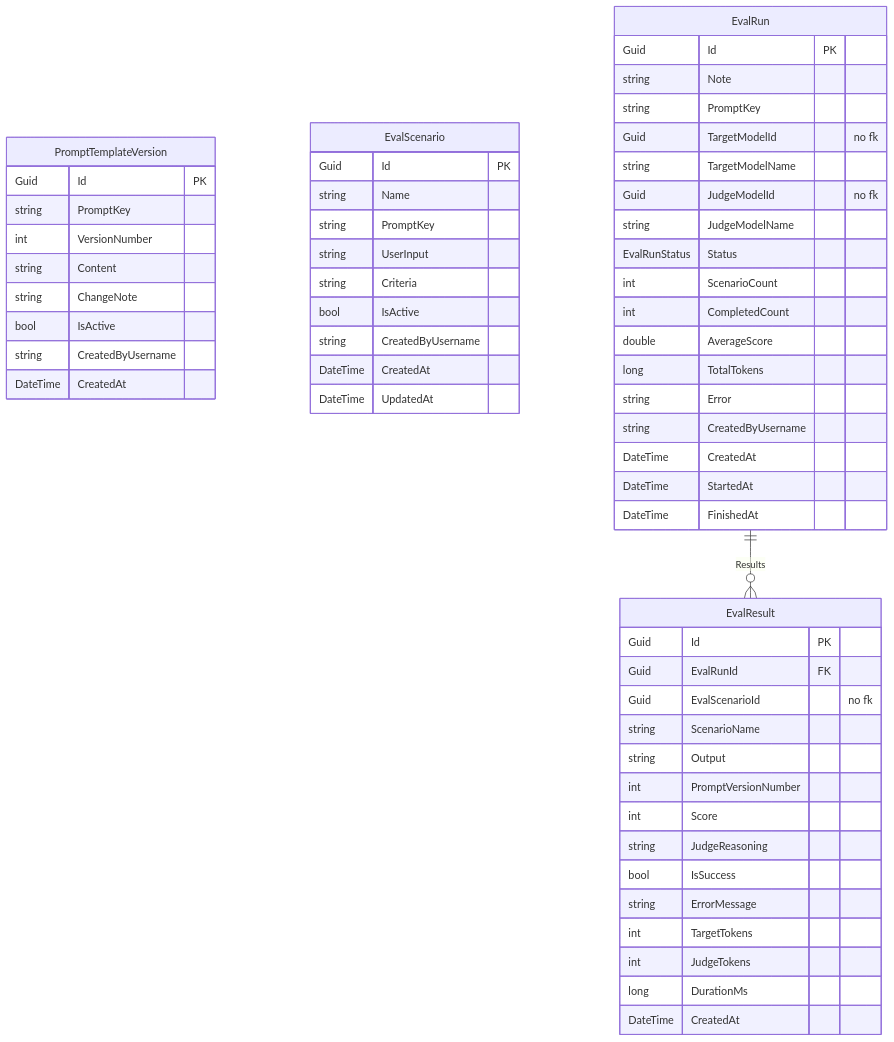
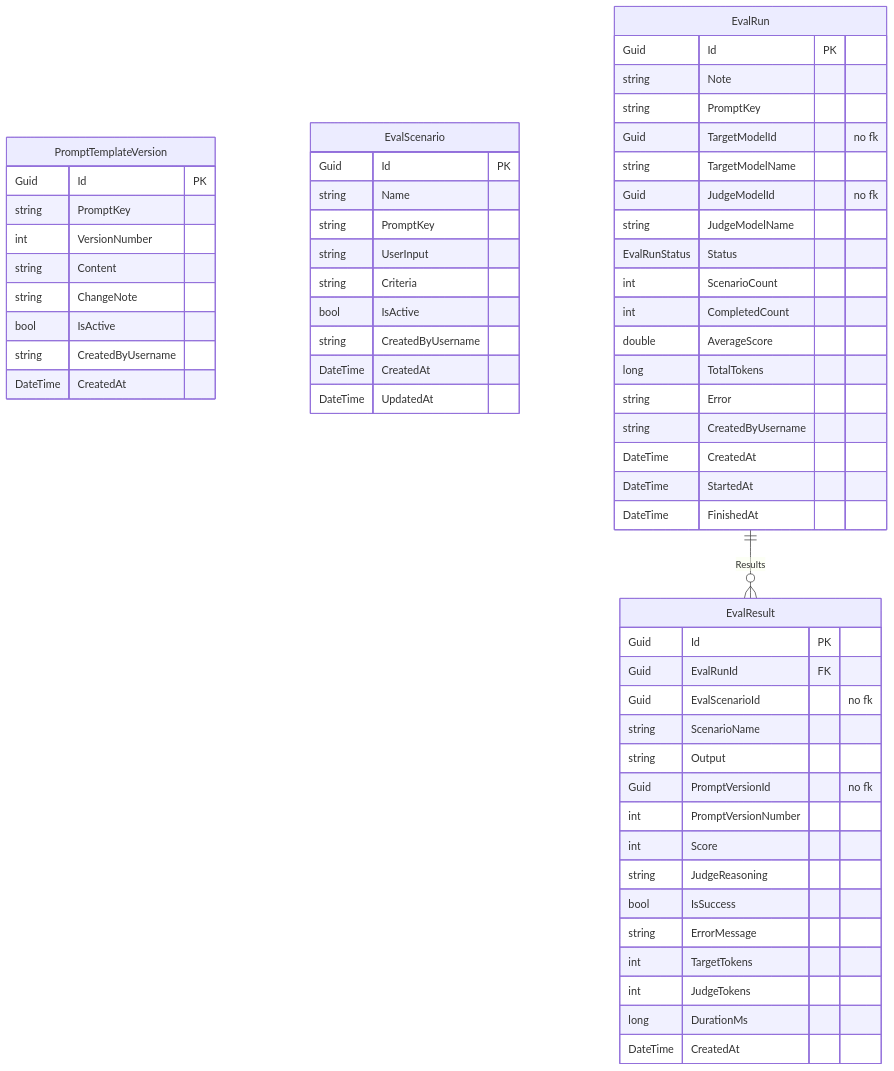
Before and after one commit to Songlong0506/ICOGenerator-v4: the eighth of 9 diagrams in docs/data-model.md, drawn with Mermaid. The commit also changed other lines of this file and 39 other files, not shown here.

````diff
--- a/docs/data-model.md
+++ b/docs/data-model.md
@@ -467,64 +473,65 @@
 ```mermaid
 erDiagram
     PromptTemplateVersion {
         Guid Id PK
         string PromptKey
         int VersionNumber
         string Content
         string ChangeNote
         bool IsActive
         string CreatedByUsername
         DateTime CreatedAt
     }
 
     EvalScenario {
         Guid Id PK
         string Name
         string PromptKey
         string UserInput
         string Criteria
         bool IsActive
         string CreatedByUsername
         DateTime CreatedAt
         DateTime UpdatedAt
     }
 
     EvalRun {
         Guid Id PK
         string Note
         string PromptKey
         Guid TargetModelId "no fk"
         string TargetModelName
         Guid JudgeModelId "no fk"
         string JudgeModelName
         EvalRunStatus Status
         int ScenarioCount
         int CompletedCount
         double AverageScore
         long TotalTokens
         string Error
         string CreatedByUsername
         DateTime CreatedAt
         DateTime StartedAt
         DateTime FinishedAt
     }
 
     EvalResult {
         Guid Id PK
         Guid EvalRunId FK
         Guid EvalScenarioId "no fk"
         string ScenarioName
         string Output
+        Guid PromptVersionId "no fk"
         int PromptVersionNumber
         int Score
         string JudgeReasoning
         bool IsSuccess
         string ErrorMessage
         int TargetTokens
         int JudgeTokens
         long DurationMs
         DateTime CreatedAt
     }
 
     EvalRun ||--o{ EvalResult : Results
 ```
````
